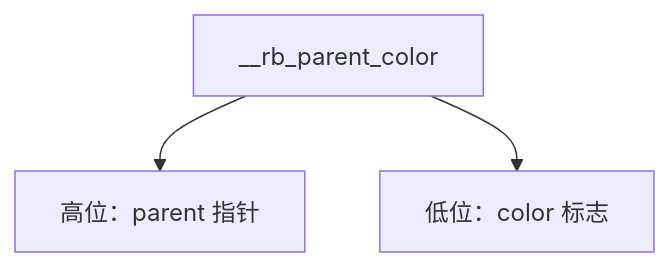
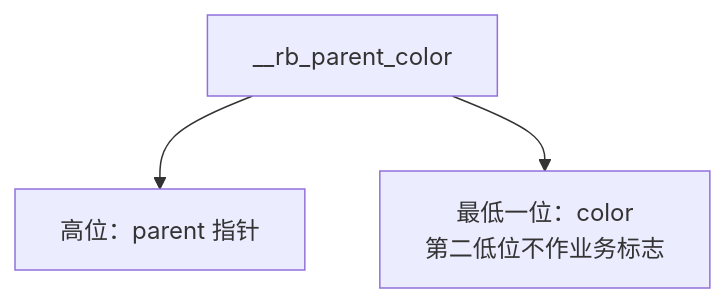
Before and after one commit to FormingSystem/linux_note: diagram 24 of 24 in knowledge/linux/data_structures/红黑树_rb-tree/P08_Linux_6.12_内核_rbtree_基础结构与工程模型.md, drawn with Mermaid. The commit also changed other lines of this file and 6 other files, not shown here.

````diff
--- a/knowledge/linux/data_structures/红黑树_rb-tree/P08_Linux_6.12_内核_rbtree_基础结构与工程模型.md
+++ b/knowledge/linux/data_structures/红黑树_rb-tree/P08_Linux_6.12_内核_rbtree_基础结构与工程模型.md
@@ -2322,9 +2328,9 @@
 ```mermaid
 graph TD
 	rb_parent_color["__rb_parent_color"]
 	rb_parent_bits["高位：parent 指针"]
-	rb_color_bits["低位：color 标志"]
+	rb_color_bits["最低一位：color<br/>第二低位不作业务标志"]
 
 	rb_parent_color --> rb_parent_bits
 	rb_parent_color --> rb_color_bits
 ```
````
